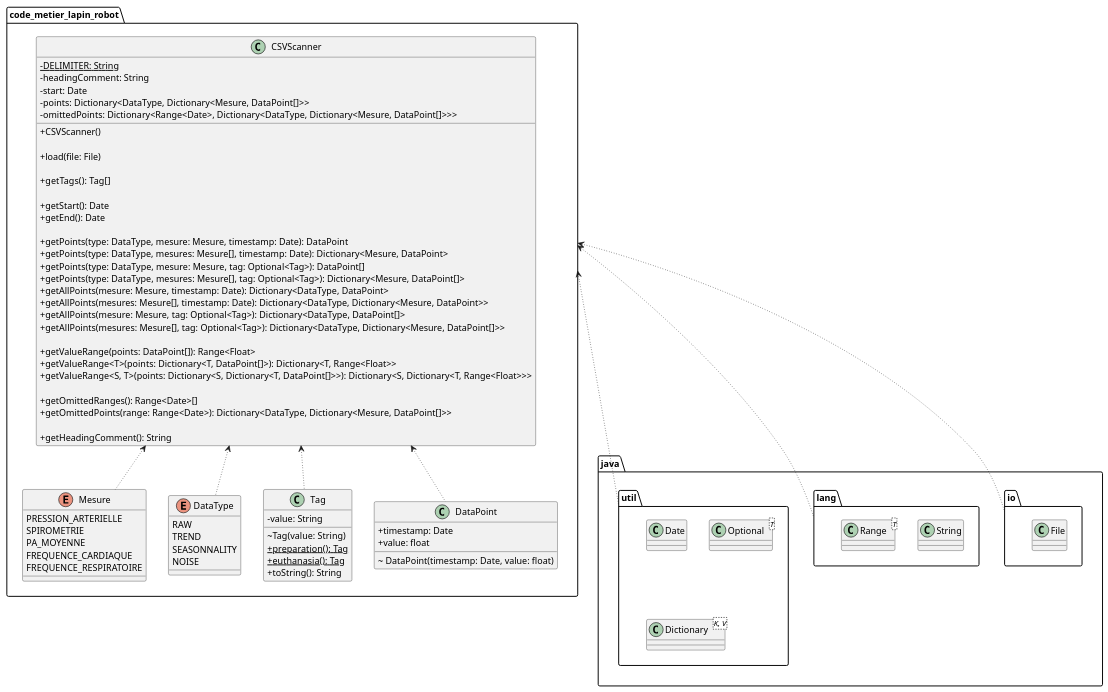
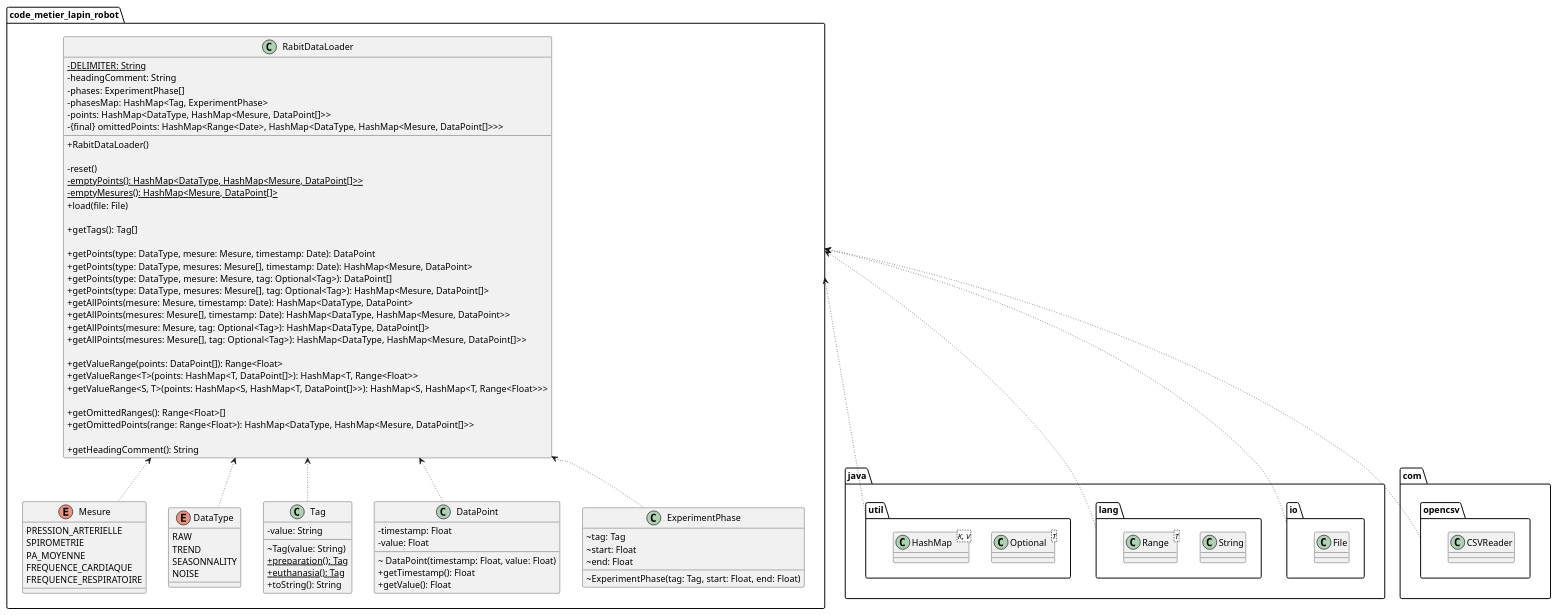
Before and after one commit to RemiBardon/imt-fil-a1-acdc-projet-lapin-robot: the diagram in README.md, drawn with PlantUML. The commit also changed other lines of this file and 1 other file, not shown here.

Commit message:
Update class diagram

```diff
--- a/README.md
+++ b/README.md
@@ -99,9 +102,12 @@
 }
 
 package java.util {
-    class Date
     class Optional<T>
-    class Dictionary<K, V>
+    class HashMap<K, V>
+}
+
+package com.opencsv {
+    class CSVReader
 }
 
 package code_metier_lapin_robot {
@@ -130,53 +136,65 @@
     }
 
     class DataPoint {
-        + timestamp: Date
-        + value: float
-        ~ DataPoint(timestamp: Date, value: float)
+        - timestamp: Float
+        - value: Float
+        ~ DataPoint(timestamp: Float, value: Float)
+        + getTimestamp(): Float
+        + getValue(): Float
     }
 
-    class CSVScanner {
+    class ExperimentPhase {
+        ~ tag: Tag
+        ~ start: Float
+        ~ end: Float
+        ~ ExperimentPhase(tag: Tag, start: Float, end: Float)
+    }
+
+    class RabitDataLoader {
         - {static} DELIMITER: String
         - headingComment: String
-        - start: Date
-        - points: Dictionary<DataType, Dictionary<Mesure, DataPoint[]>>
-        - omittedPoints: Dictionary<Range<Date>, Dictionary<DataType, Dictionary<Mesure, DataPoint[]>>>
-        + CSVScanner()
+        - phases: ExperimentPhase[]
+        - phasesMap: HashMap<Tag, ExperimentPhase>
+        - points: HashMap<DataType, HashMap<Mesure, DataPoint[]>>
+        - {final} omittedPoints: HashMap<Range<Date>, HashMap<DataType, HashMap<Mesure, DataPoint[]>>>
+        + RabitDataLoader()
 
+        - reset()
+        - {static} emptyPoints(): HashMap<DataType, HashMap<Mesure, DataPoint[]>>
+        - {static} emptyMesures(): HashMap<Mesure, DataPoint[]>
         + load(file: File)
 
         + getTags(): Tag[]
 
-        + getStart(): Date
-        + getEnd(): Date
-
         + getPoints(type: DataType, mesure: Mesure, timestamp: Date): DataPoint
-        + getPoints(type: DataType, mesures: Mesure[], timestamp: Date): Dictionary<Mesure, DataPoint>
+        + getPoints(type: DataType, mesures: Mesure[], timestamp: Date): HashMap<Mesure, DataPoint>
         + getPoints(type: DataType, mesure: Mesure, tag: Optional<Tag>): DataPoint[]
-        + getPoints(type: DataType, mesures: Mesure[], tag: Optional<Tag>): Dictionary<Mesure, DataPoint[]>
-        + getAllPoints(mesure: Mesure, timestamp: Date): Dictionary<DataType, DataPoint>
-        + getAllPoints(mesures: Mesure[], timestamp: Date): Dictionary<DataType, Dictionary<Mesure, DataPoint>>
-        + getAllPoints(mesure: Mesure, tag: Optional<Tag>): Dictionary<DataType, DataPoint[]>
-        + getAllPoints(mesures: Mesure[], tag: Optional<Tag>): Dictionary<DataType, Dictionary<Mesure, DataPoint[]>>
+        + getPoints(type: DataType, mesures: Mesure[], tag: Optional<Tag>): HashMap<Mesure, DataPoint[]>
+        + getAllPoints(mesure: Mesure, timestamp: Date): HashMap<DataType, DataPoint>
+        + getAllPoints(mesures: Mesure[], timestamp: Date): HashMap<DataType, HashMap<Mesure, DataPoint>>
+        + getAllPoints(mesure: Mesure, tag: Optional<Tag>): HashMap<DataType, DataPoint[]>
+        + getAllPoints(mesures: Mesure[], tag: Optional<Tag>): HashMap<DataType, HashMap<Mesure, DataPoint[]>>
 
         + getValueRange(points: DataPoint[]): Range<Float>
-        + getValueRange<T>(points: Dictionary<T, DataPoint[]>): Dictionary<T, Range<Float>>
-        + getValueRange<S, T>(points: Dictionary<S, Dictionary<T, DataPoint[]>>): Dictionary<S, Dictionary<T, Range<Float>>>
+        + getValueRange<T>(points: HashMap<T, DataPoint[]>): HashMap<T, Range<Float>>
+        + getValueRange<S, T>(points: HashMap<S, HashMap<T, DataPoint[]>>): HashMap<S, HashMap<T, Range<Float>>>
 
-        + getOmittedRanges(): Range<Date>[]
-        + getOmittedPoints(range: Range<Date>): Dictionary<DataType, Dictionary<Mesure, DataPoint[]>>
+        + getOmittedRanges(): Range<Float>[]
+        + getOmittedPoints(range: Range<Float>): HashMap<DataType, HashMap<Mesure, DataPoint[]>>
 
         + getHeadingComment(): String
     }
 
-    CSVScanner <-down[dotted]- DataType
-    CSVScanner <-down[dotted]- Mesure
-    CSVScanner <-down[dotted]- Tag
-    CSVScanner <-down[dotted]- DataPoint
+    RabitDataLoader <-down[dotted]- DataType
+    RabitDataLoader <-down[dotted]- Mesure
+    RabitDataLoader <-down[dotted]- Tag
+    RabitDataLoader <-down[dotted]- DataPoint
+    RabitDataLoader <-down[dotted]- ExperimentPhase
 
 }
 
 code_metier_lapin_robot <-down[dotted]- java.lang
 code_metier_lapin_robot <-down[dotted]- java.util
 code_metier_lapin_robot <-down[dotted]- java.io
+code_metier_lapin_robot <-down[dotted]- com.opencsv
 @enduml
```
